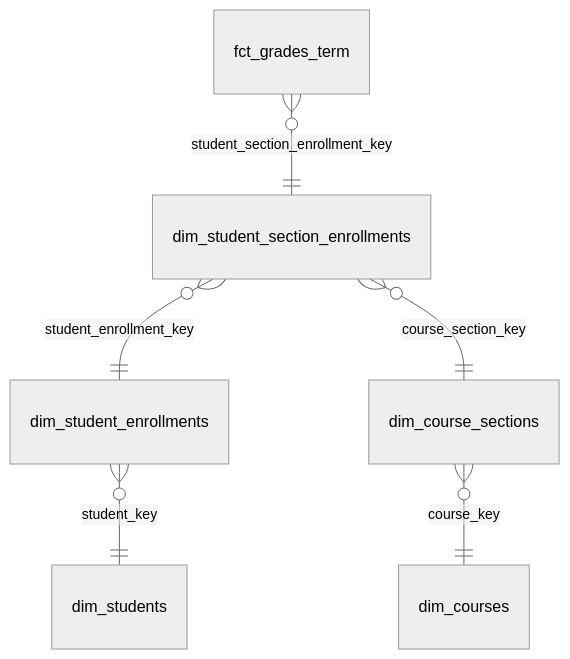
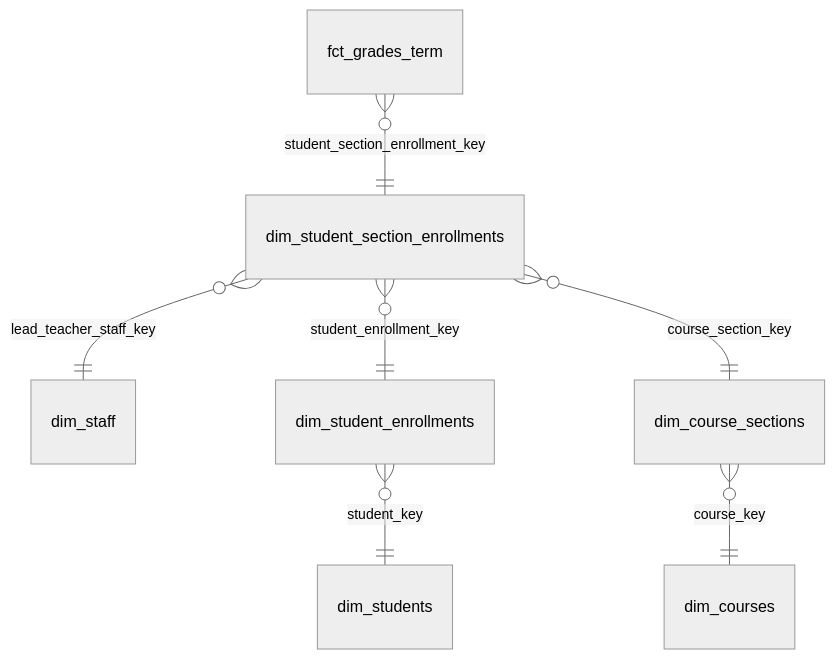
One commit to TEAMSchools/teamster changed the ninth of 24 diagrams in docs/reference/marts-data-models.md. Above: the diagram before and after it, drawn with Mermaid (neutral theme). The commit also changed other lines of this file and 12 other files, not shown here.

````diff
--- a/docs/reference/marts-data-models.md
+++ b/docs/reference/marts-data-models.md
@@ -172,8 +177,9 @@
 ```mermaid
 erDiagram
   fct_grades_term }o--|| dim_student_section_enrollments : "student_section_enrollment_key"
+  dim_student_section_enrollments }o--|| dim_staff : "lead_teacher_staff_key"
   dim_student_section_enrollments }o--|| dim_student_enrollments : "student_enrollment_key"
   dim_student_section_enrollments }o--|| dim_course_sections : "course_section_key"
   dim_student_enrollments }o--|| dim_students : "student_key"
   dim_course_sections }o--|| dim_courses : "course_key"
 ```
````
